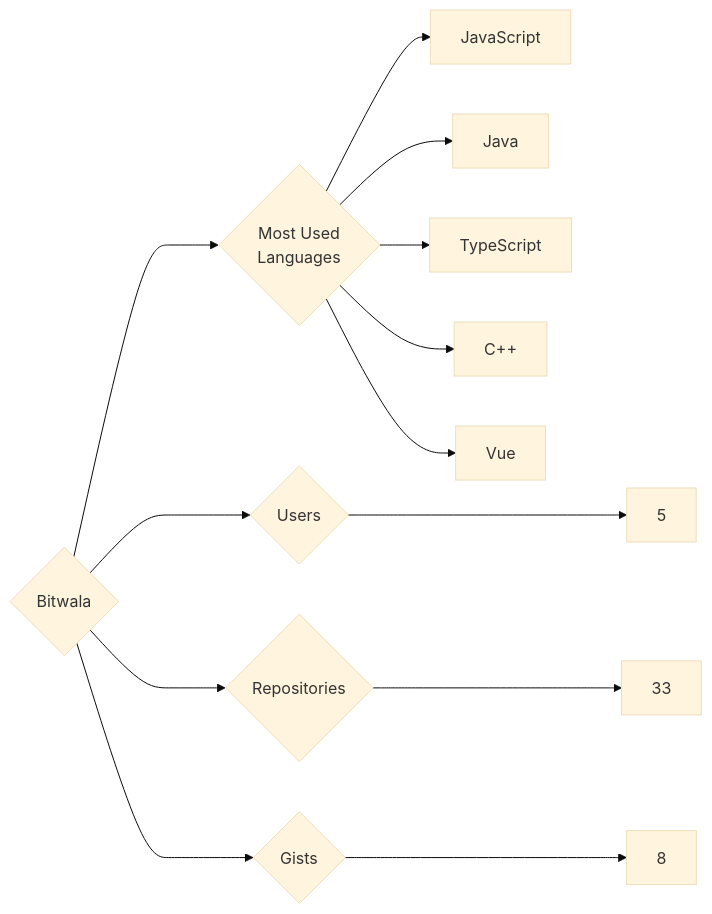
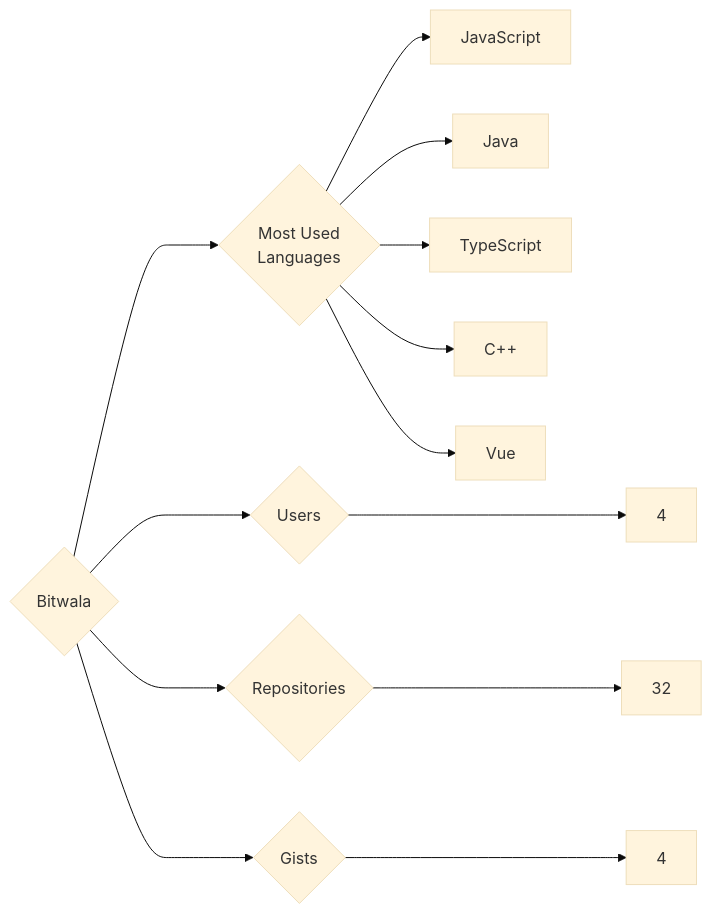
One commit to trickest/insiders changed the diagram in targets/Bitwala/README.md. Above: the diagram before and after it, drawn with Mermaid (base theme). The commit also changed 1088 other files, not shown here.

````diff
--- a/targets/Bitwala/README.md
+++ b/targets/Bitwala/README.md
@@ -3,13 +3,13 @@
 ```mermaid
 graph LR
 COMPANY_NAME{Bitwala}
-COMPANY_NAME ---> U{Users} ---> UN[5]
-COMPANY_NAME ---> R{Repositories} ---> RN[33]
-COMPANY_NAME ---> G{Gists} ---> GN[8]
+COMPANY_NAME ---> U{Users} ---> UN[4]
+COMPANY_NAME ---> R{Repositories} ---> RN[32]
+COMPANY_NAME ---> G{Gists} ---> GN[4]
 COMPANY_NAME ---> ML{Most Used<br>Languages}
 ML --> JavaScript[JavaScript]
 ML --> Java[Java]
 ML --> TypeScript[TypeScript]
 ML --> C++[C++]
 ML --> Vue[Vue]
 ```
````
